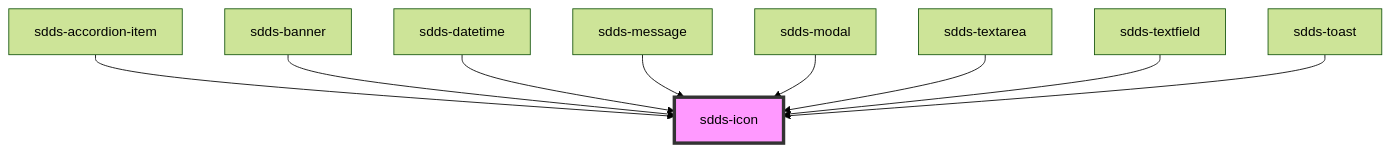
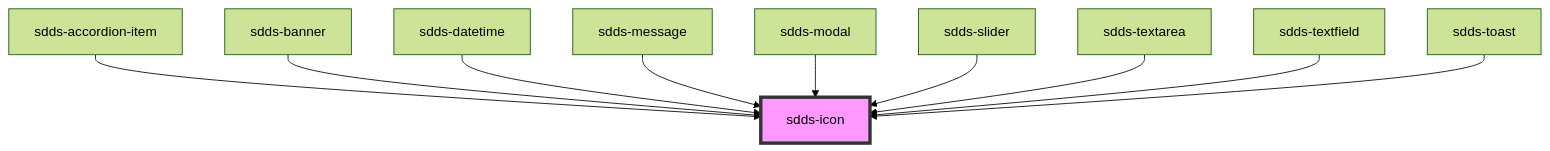
Before and after one commit to scania-digital-design-system/sdds: the diagram in tegel/src/components/icon/readme.md, drawn with Mermaid (forest theme). The commit also changed other lines of this file and 3 other files, not shown here.

````diff
--- a/tegel/src/components/icon/readme.md
+++ b/tegel/src/components/icon/readme.md
@@ -30,12 +31,13 @@
 ```mermaid
 graph TD;
   sdds-accordion-item --> sdds-icon
   sdds-banner --> sdds-icon
   sdds-datetime --> sdds-icon
   sdds-message --> sdds-icon
   sdds-modal --> sdds-icon
+  sdds-slider --> sdds-icon
   sdds-textarea --> sdds-icon
   sdds-textfield --> sdds-icon
   sdds-toast --> sdds-icon
   style sdds-icon fill:#f9f,stroke:#333,stroke-width:4px
 ```
````
